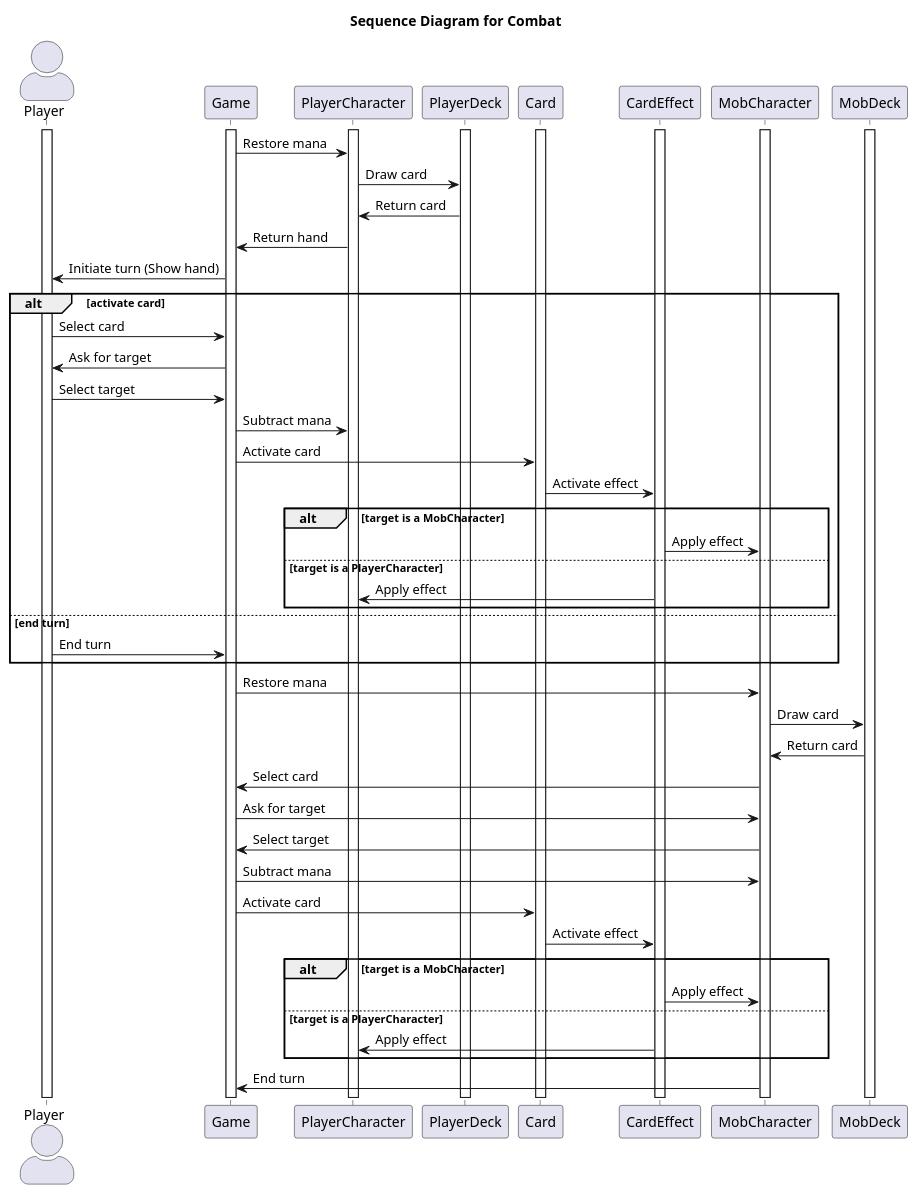
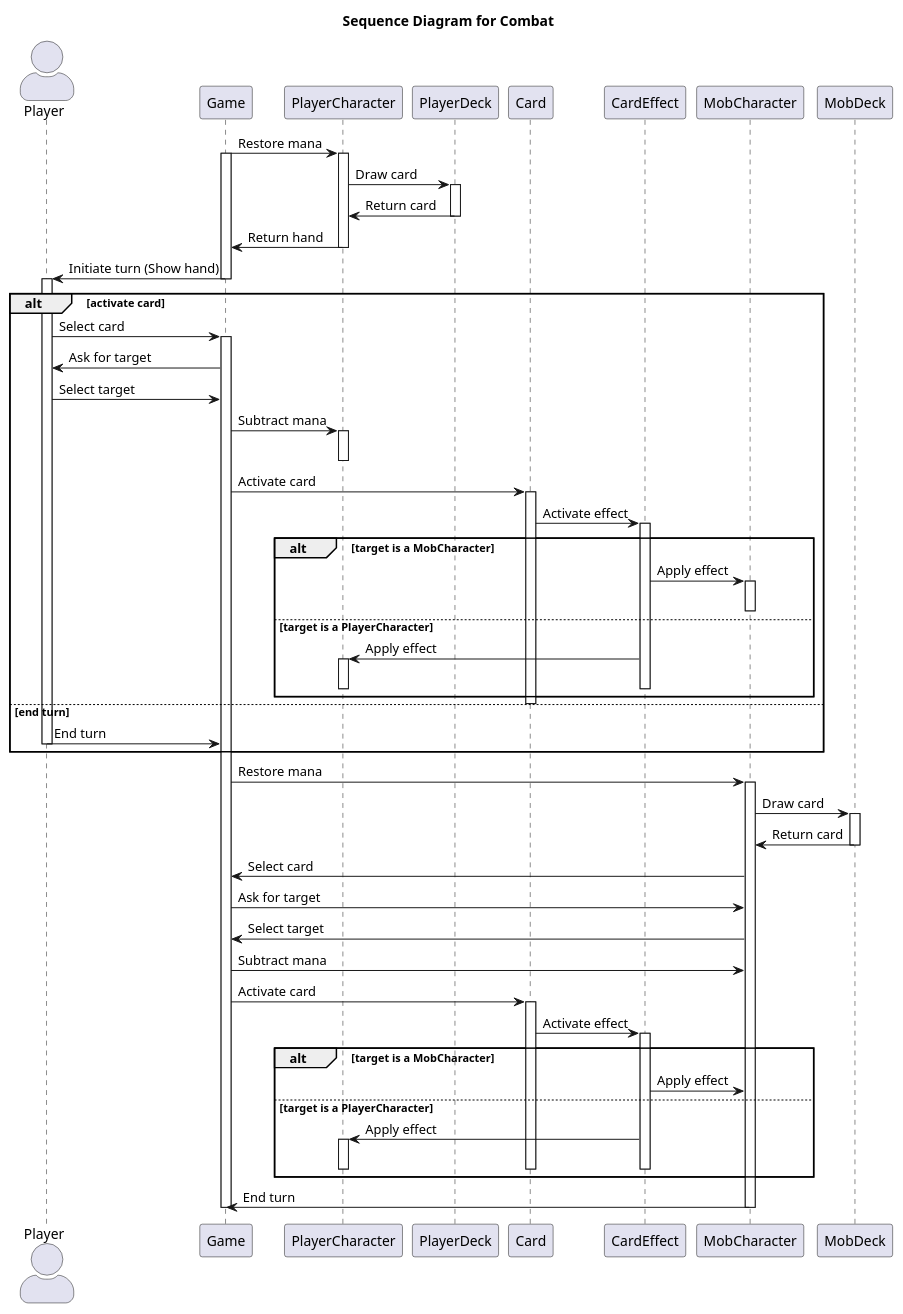
The diagram in Projeto FInal/UML/Sequence Diagram.puml (ciceroed/POO), drawn with PlantUML before and after one commit. The commit also changed 1 other file, not shown here.

```diff
--- a/Projeto FInal/UML/Sequence Diagram.puml
+++ b/Projeto FInal/UML/Sequence Diagram.puml
@@ -1,63 +1,84 @@
 @startuml sequence-diagram-uc2
 
 title Sequence Diagram for Combat
 
 skinparam actorStyle awesome
 
 actor Player
 participant Game
 participant PlayerCharacter
 participant PlayerDeck
 participant Card
 participant CardEffect
 participant MobCharacter
 
+Game -> PlayerCharacter : Restore mana
 activate Game
+activate PlayerCharacter
+PlayerCharacter -> PlayerDeck : Draw card
+activate PlayerDeck
+PlayerDeck -> PlayerCharacter : Return card
+deactivate PlayerDeck
+PlayerCharacter -> Game : Return hand
+deactivate PlayerCharacter
+Game -> Player : Initiate turn (Show hand)
+deactivate Game
 activate Player
-activate PlayerCharacter
-activate Card
-activate PlayerDeck
-activate MobCharacter
-activate CardEffect
-activate MobDeck
 
-Game -> PlayerCharacter : Restore mana
-PlayerCharacter -> PlayerDeck : Draw card
-PlayerDeck -> PlayerCharacter : Return card
-PlayerCharacter -> Game : Return hand
-Game -> Player : Initiate turn (Show hand)
 
 alt activate card
     Player -> Game : Select card
+    activate Game
     Game -> Player : Ask for target
     Player -> Game : Select target
     Game -> PlayerCharacter : Subtract mana
+    activate PlayerCharacter
+    deactivate PlayerCharacter
     Game -> Card : Activate card
+    activate Card
     Card -> CardEffect : Activate effect
+    activate CardEffect
 
     alt target is a MobCharacter
         CardEffect -> MobCharacter : Apply effect
+        activate MobCharacter
+        deactivate MobCharacter
     else target is a PlayerCharacter
         CardEffect -> PlayerCharacter : Apply effect
+        activate PlayerCharacter
+        deactivate PlayerCharacter
+        deactivate CardEffect
     end
+    deactivate Card
 else end turn
     Player -> Game : End turn
-
+    deactivate Player
 end
 
 Game -> MobCharacter : Restore mana
+activate MobCharacter
 MobCharacter -> MobDeck: Draw card
+activate MobDeck
 MobDeck -> MobCharacter : Return card
+deactivate MobDeck
 MobCharacter -> Game : Select card
 Game -> MobCharacter : Ask for target
 MobCharacter -> Game : Select target
 Game -> MobCharacter : Subtract mana
 Game -> Card : Activate card
+activate Card
 Card -> CardEffect : Activate effect
+activate CardEffect
 alt target is a MobCharacter
     CardEffect -> MobCharacter : Apply effect
 else target is a PlayerCharacter
     CardEffect -> PlayerCharacter : Apply effect
+    activate PlayerCharacter
+    deactivate PlayerCharacter
+    deactivate CardEffect
+    deactivate Card
 end
 MobCharacter -> Game : End turn
+deactivate MobCharacter
+deactivate Game
 @enduml
```
